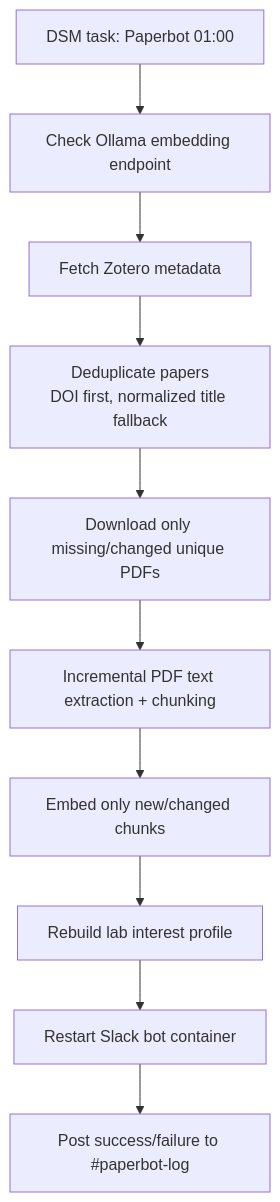
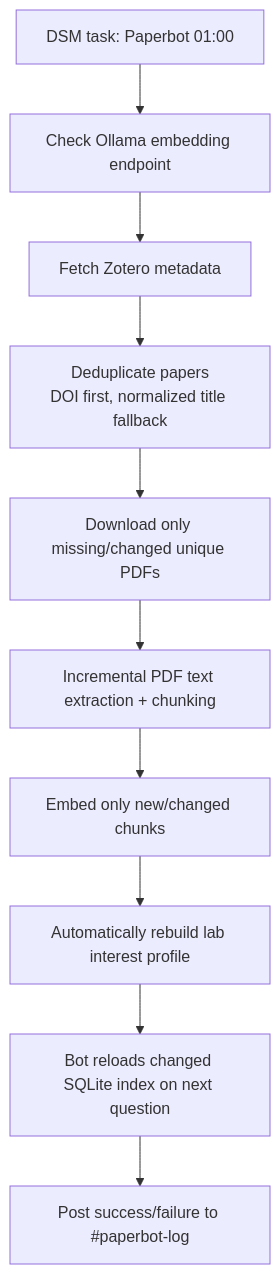
Before and after one commit to woolen-yarn/kohdalab-paperbot: the second of 2 diagrams in README.md, drawn with Mermaid. The commit also changed other lines of this file and 12 other files, not shown here.

````diff
--- a/README.md
+++ b/README.md
@@ -332,12 +339,12 @@
 ```mermaid
 flowchart TD
   start["DSM task: Paperbot 01:00"] --> check["Check Ollama embedding endpoint"]
   check --> zotero["Fetch Zotero metadata"]
   zotero --> dedup["Deduplicate papers\nDOI first, normalized title fallback"]
   dedup --> pdf["Download only missing/changed unique PDFs"]
   pdf --> ingest["Incremental PDF text extraction + chunking"]
   ingest --> embed["Embed only new/changed chunks"]
-  embed --> profile["Rebuild lab interest profile"]
-  profile --> restart["Restart Slack bot container"]
-  restart --> notify["Post success/failure to #paperbot-log"]
+  embed --> profile["Automatically rebuild lab interest profile"]
+  profile --> reload["Bot reloads changed SQLite index on next question"]
+  reload --> notify["Post success/failure to #paperbot-log"]
 ```
````
